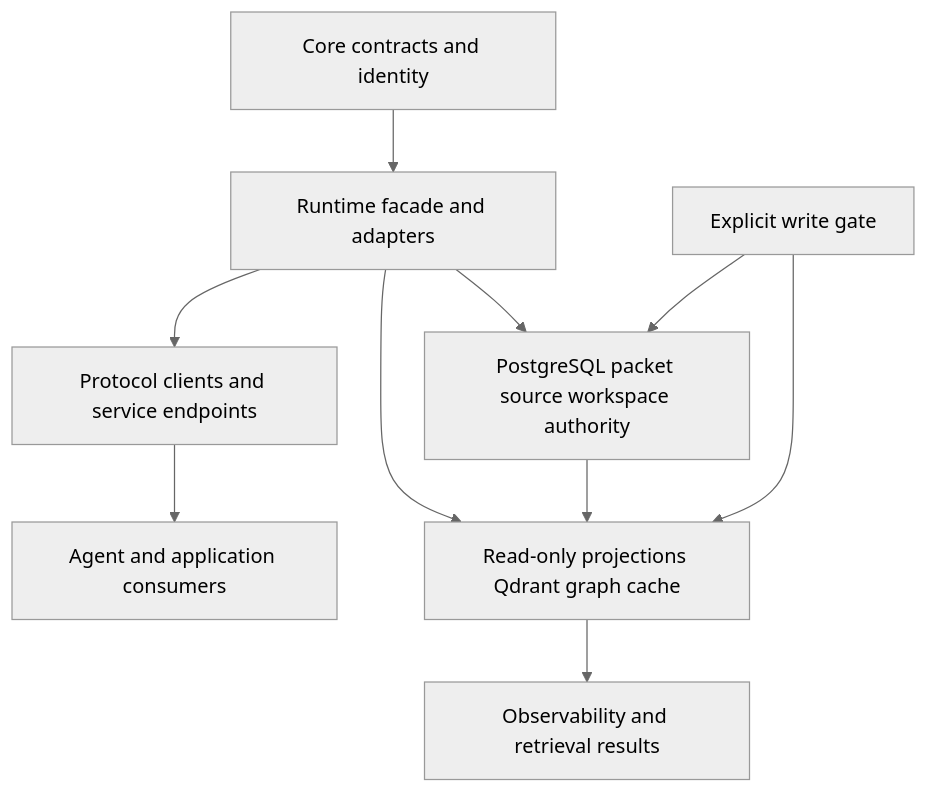
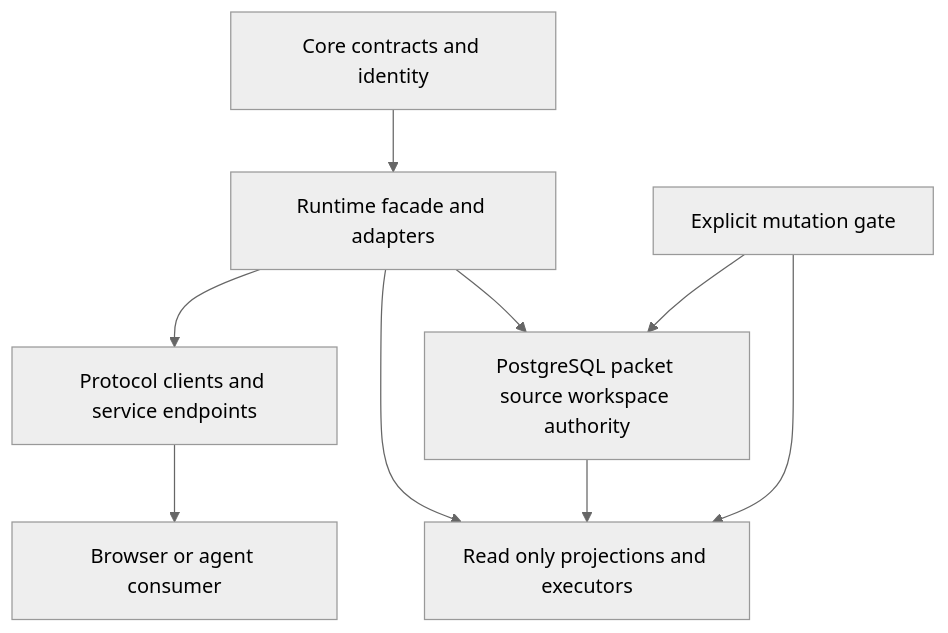
The first of 3 diagrams in openwiki/architecture/boundaries-and-authority.md (semaj90/deeds_web_app), drawn with Mermaid (neutral theme) before and after one commit. The commit also changed other lines of this file and 252 other files, not shown here.

````diff
--- a/openwiki/architecture/boundaries-and-authority.md
+++ b/openwiki/architecture/boundaries-and-authority.md
@@ -19,12 +42,11 @@
 ```mermaid
 flowchart TD
-    C["Core contracts and identity"] --> R["Runtime facade and adapters"]
-    R --> P["Protocol clients and service endpoints"]
-    P --> A["Agent and application consumers"]
-    R --> PG["PostgreSQL packet source workspace authority"]
-    R --> PR["Read-only projections Qdrant graph cache"]
-    PG --> PR
-    PR --> O["Observability and retrieval results"]
-    W["Explicit write gate"] --> PG
-    W --> PR
+    Core["Core contracts and identity"] --> Runtime["Runtime facade and adapters"]
+    Runtime --> Protocol["Protocol clients and service endpoints"]
+    Protocol --> Consumer["Browser or agent consumer"]
+    Runtime --> Authority["PostgreSQL packet source workspace authority"]
+    Runtime --> Projection["Read only projections and executors"]
+    Authority --> Projection
+    Gate["Explicit mutation gate"] --> Authority
+    Gate --> Projection
 ```
````
